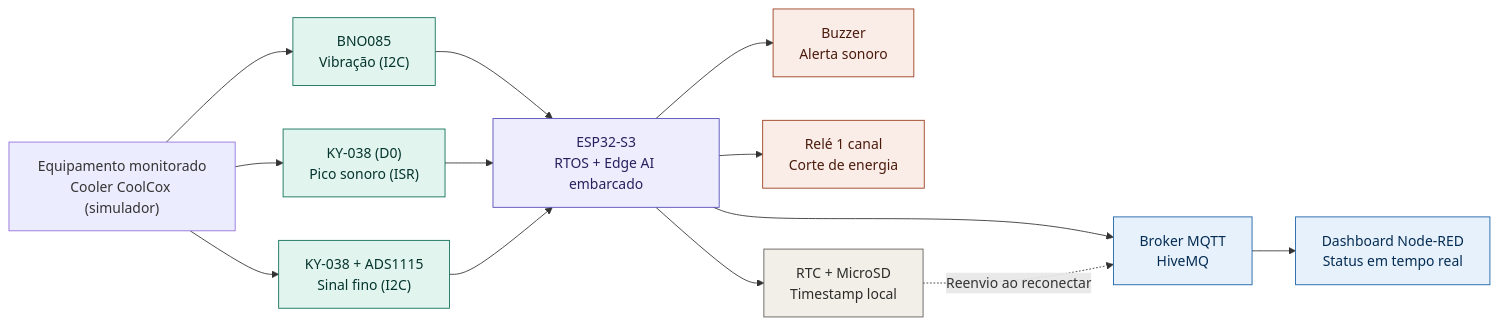
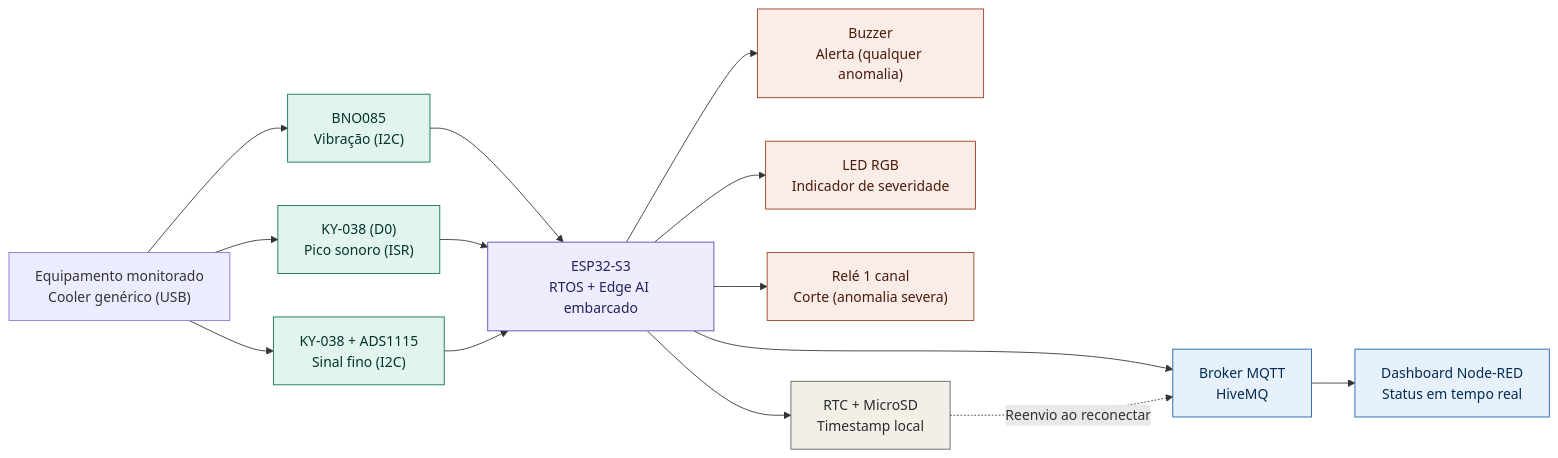
One commit to lfariazzz/tcc-monitoramento_preditivo_vibroacustico changed the diagram in README.md. Above: the diagram before and after it, drawn with Mermaid. The commit also changed other lines of this file and 2 other files, not shown here.

````diff
--- a/README.md
+++ b/README.md
@@ -39,38 +39,40 @@
 ```mermaid
 flowchart LR
-    EQ["Equipamento monitorado<br/>Cooler CoolCox (simulador)"]
+    EQ["Equipamento monitorado<br/>Cooler genérico (USB)"]
     BNO["BNO085<br/>Vibração (I2C)"]
     FC1["KY-038 (D0)<br/>Pico sonoro (ISR)"]
     FC2["KY-038 + ADS1115<br/>Sinal fino (I2C)"]
     ESP["ESP32-S3<br/>RTOS + Edge AI embarcado"]
-    BUZ["Buzzer<br/>Alerta sonoro"]
-    REL["Relé 1 canal<br/>Corte de energia"]
+    BUZ["Buzzer<br/>Alerta (qualquer anomalia)"]
+    LED["LED RGB<br/>Indicador de severidade"]
+    REL["Relé 1 canal<br/>Corte (anomalia severa)"]
     RTC["RTC + MicroSD<br/>Timestamp local"]
     MQTT["Broker MQTT<br/>HiveMQ"]
     DASH["Dashboard Node-RED<br/>Status em tempo real"]
 
     EQ --> BNO
     EQ --> FC1
     EQ --> FC2
     BNO --> ESP
     FC1 --> ESP
     FC2 --> ESP
     ESP --> BUZ
+    ESP --> LED
     ESP --> REL
     ESP --> RTC
     ESP --> MQTT
     RTC -. "Reenvio ao reconectar" .-> MQTT
     MQTT --> DASH
 
     classDef sensor fill:#E1F5EE,stroke:#0F6E56,color:#04342C
     classDef proc fill:#EEEDFE,stroke:#534AB7,color:#26215C
     classDef atuacao fill:#FAECE7,stroke:#993C1D,color:#4A1B0C
     classDef rede fill:#E6F1FB,stroke:#185FA5,color:#042C53
     classDef neutro fill:#F1EFE8,stroke:#5F5E5A,color:#2C2C2A
 
     class BNO,FC1,FC2 sensor
     class ESP proc
-    class BUZ,REL atuacao
+    class BUZ,LED,REL atuacao
     class RTC neutro
     class MQTT,DASH rede
 ```
````
